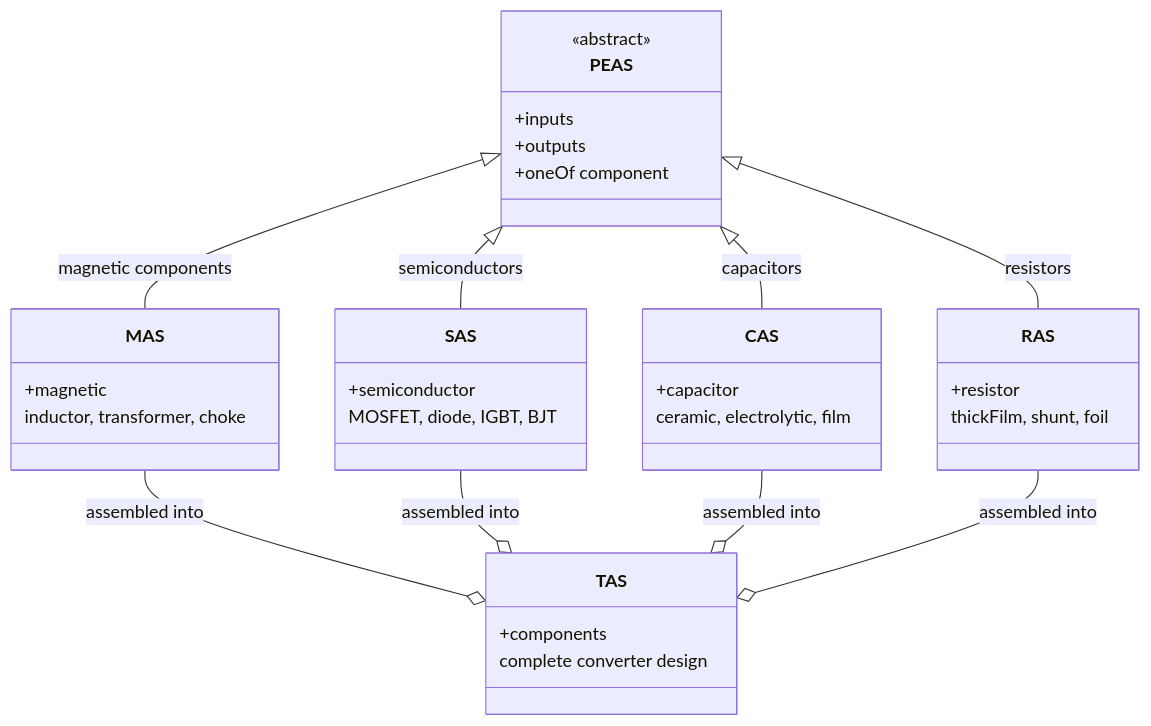
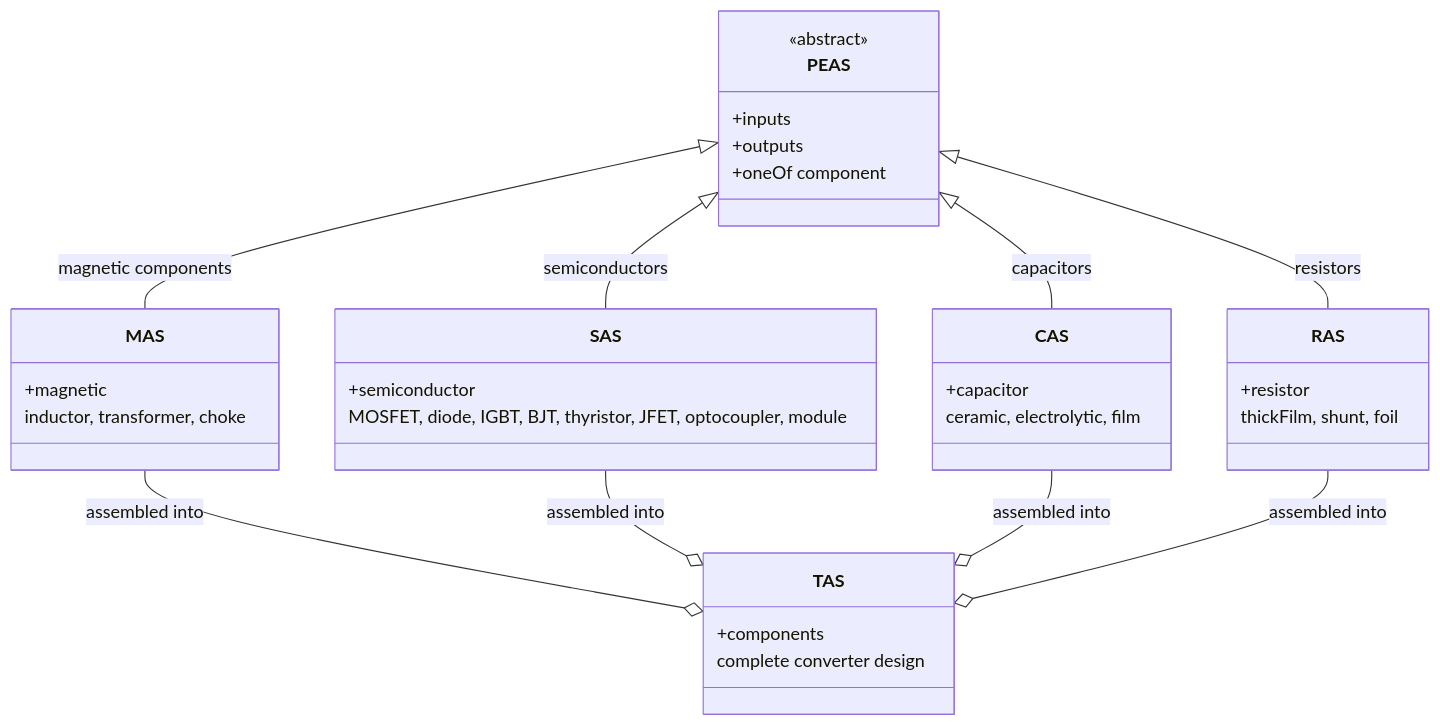
The first of 2 diagrams in README.md (Power-Supply-Manufacturers-Association/PEAS), drawn with Mermaid before and after one commit. The commit also changed 5 other files, not shown here.

````diff
--- a/README.md
+++ b/README.md
@@ -22,37 +22,37 @@
 ```mermaid
 classDiagram
     class PEAS {
         <<abstract>>
         +inputs
         +outputs
         +oneOf component
     }
     class MAS {
         +magnetic
         inductor, transformer, choke
     }
     class SAS {
         +semiconductor
-        MOSFET, diode, IGBT, BJT
+        MOSFET, diode, IGBT, BJT, thyristor, JFET, optocoupler, module
     }
     class CAS {
         +capacitor
         ceramic, electrolytic, film
     }
     class RAS {
         +resistor
         thickFilm, shunt, foil
     }
     class TAS {
         +components
         complete converter design
     }
     PEAS <|-- MAS : magnetic components
     PEAS <|-- SAS : semiconductors
     PEAS <|-- CAS : capacitors
     PEAS <|-- RAS : resistors
     MAS --o TAS : assembled into
     SAS --o TAS : assembled into
     CAS --o TAS : assembled into
     RAS --o TAS : assembled into
 ```
````
